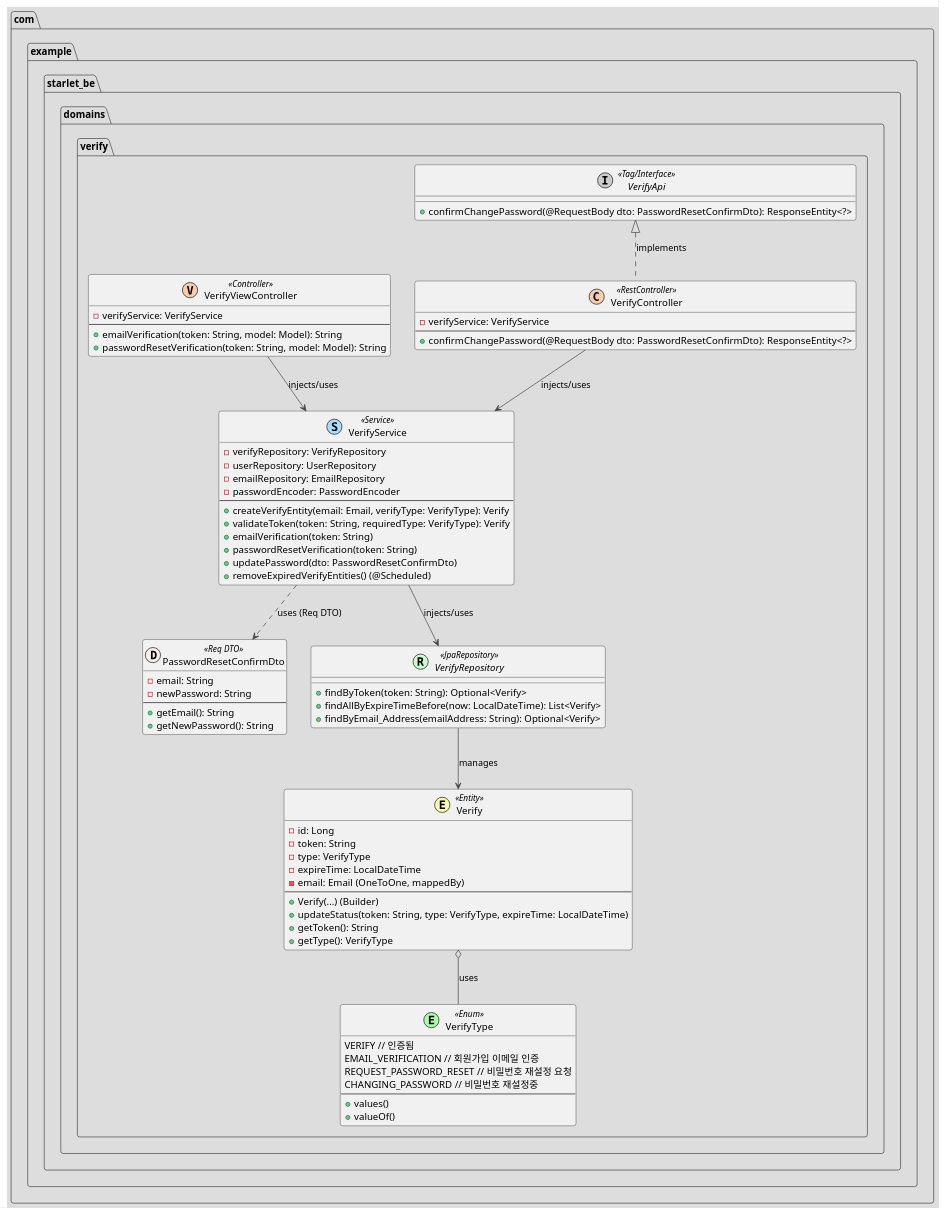
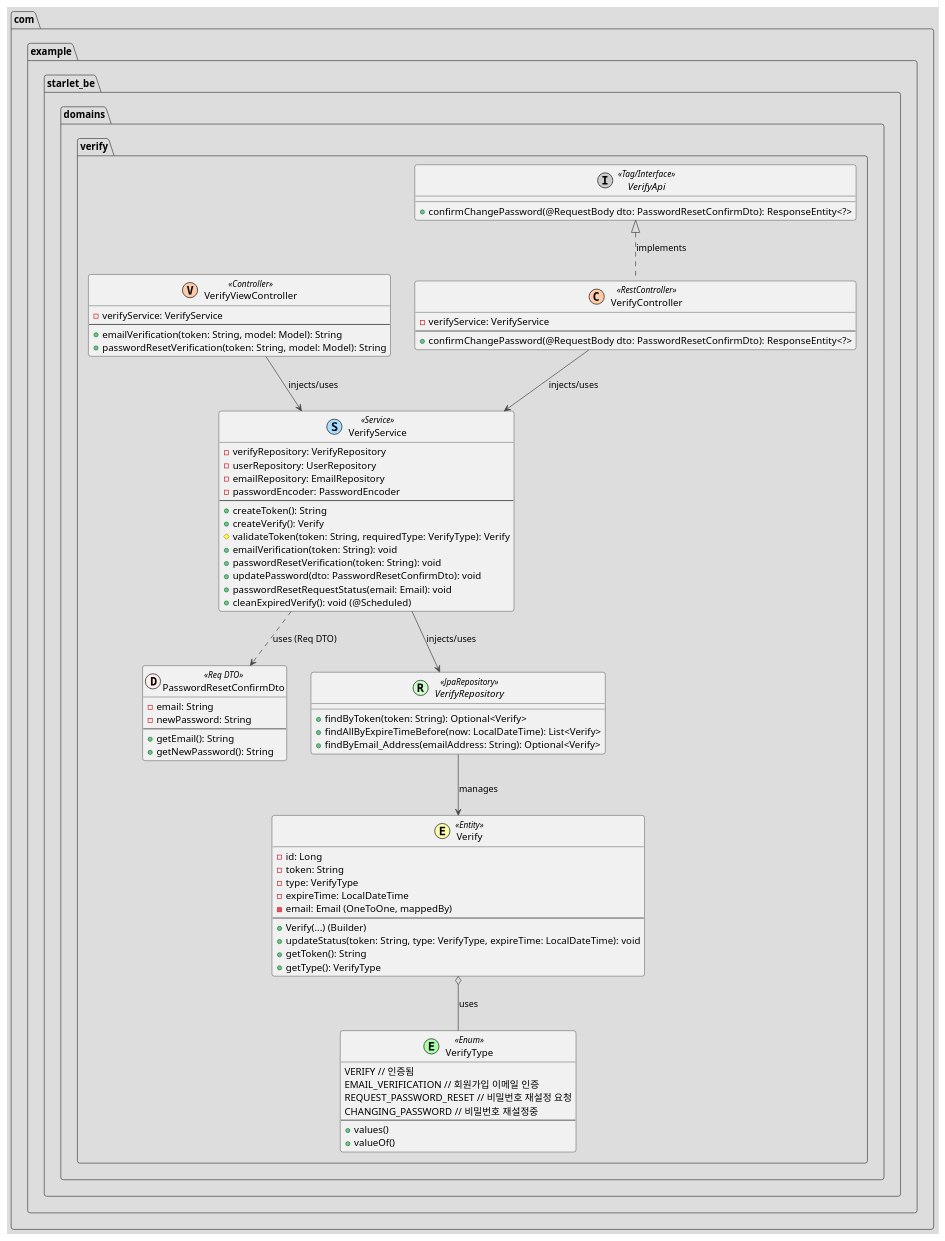
Before and after one commit to 2025-YU-SE-Project/Starlet_doc: the diagram in SDS/Class Diagram UML/verify.puml, drawn with PlantUML. The commit also changed 2 other files, not shown here.

Commit message:
edit : diary.puml, email.puml, verify.puml 최신화

```diff
--- a/SDS/Class Diagram UML/verify.puml
+++ b/SDS/Class Diagram UML/verify.puml
@@ -1,86 +1,88 @@
 @startuml
 !theme toy
 top to bottom direction
 
 package "com.example.starlet_be.domains.verify" {
 
     enum VerifyType << (E,#AAFFAA) Enum >> {
         VERIFY // 인증됨
         EMAIL_VERIFICATION // 회원가입 이메일 인증
         REQUEST_PASSWORD_RESET // 비밀번호 재설정 요청
         CHANGING_PASSWORD // 비밀번호 재설정중
         --
         + values()
         + valueOf()
     }
 
     class PasswordResetConfirmDto << (D,#FFEEEE) Req DTO >> {
         - email: String
         - newPassword: String
         --
         + getEmail(): String
         + getNewPassword(): String
     }
 
     class Verify << (E,#FFFFAA) Entity >> {
         - id: Long
         - token: String
         - type: VerifyType
         - expireTime: LocalDateTime
         - email: Email (OneToOne, mappedBy)
         --
         + Verify(...) (Builder)
-        + updateStatus(token: String, type: VerifyType, expireTime: LocalDateTime)
+        + updateStatus(token: String, type: VerifyType, expireTime: LocalDateTime): void
         + getToken(): String
         + getType(): VerifyType
     }
 
     interface VerifyRepository << (R,#CCFFCC) JpaRepository >> {
         + findByToken(token: String): Optional<Verify>
         + findAllByExpireTimeBefore(now: LocalDateTime): List<Verify>
         + findByEmail_Address(emailAddress: String): Optional<Verify>
     }
 
     class VerifyService << (S,#AADDFF) Service >> {
         - verifyRepository: VerifyRepository
         - userRepository: UserRepository
         - emailRepository: EmailRepository
         - passwordEncoder: PasswordEncoder
         --
-        + createVerifyEntity(email: Email, verifyType: VerifyType): Verify
-        + validateToken(token: String, requiredType: VerifyType): Verify
-        + emailVerification(token: String)
-        + passwordResetVerification(token: String)
-        + updatePassword(dto: PasswordResetConfirmDto)
-        + removeExpiredVerifyEntities() (@Scheduled)
+        + createToken(): String
+        + createVerify(): Verify
+        # validateToken(token: String, requiredType: VerifyType): Verify
+        + emailVerification(token: String): void
+        + passwordResetVerification(token: String): void
+        + updatePassword(dto: PasswordResetConfirmDto): void
+        + passwordResetRequestStatus(email: Email): void
+        + cleanExpiredVerify(): void (@Scheduled)
     }
 
     interface VerifyApi << (I,#CCCCCC) Tag/Interface >> {
         + confirmChangePassword(@RequestBody dto: PasswordResetConfirmDto): ResponseEntity<?>
     }
 
     class VerifyController << (C,#FFCCAA) RestController >> {
         - verifyService: VerifyService
         --
         + confirmChangePassword(@RequestBody dto: PasswordResetConfirmDto): ResponseEntity<?>
     }
 
     class VerifyViewController << (V,#FFCCAA) Controller >> {
         - verifyService: VerifyService
         --
         + emailVerification(token: String, model: Model): String
         + passwordResetVerification(token: String, model: Model): String
     }
 
     Verify o-- VerifyType : uses
     VerifyRepository --> Verify : manages
 
     VerifyService --> VerifyRepository : injects/uses
     VerifyService ..> PasswordResetConfirmDto : uses (Req DTO)
 
     VerifyController .up.|> VerifyApi : implements
     VerifyController --> VerifyService : injects/uses
 
     VerifyViewController --> VerifyService : injects/uses
 }
 @enduml
```
